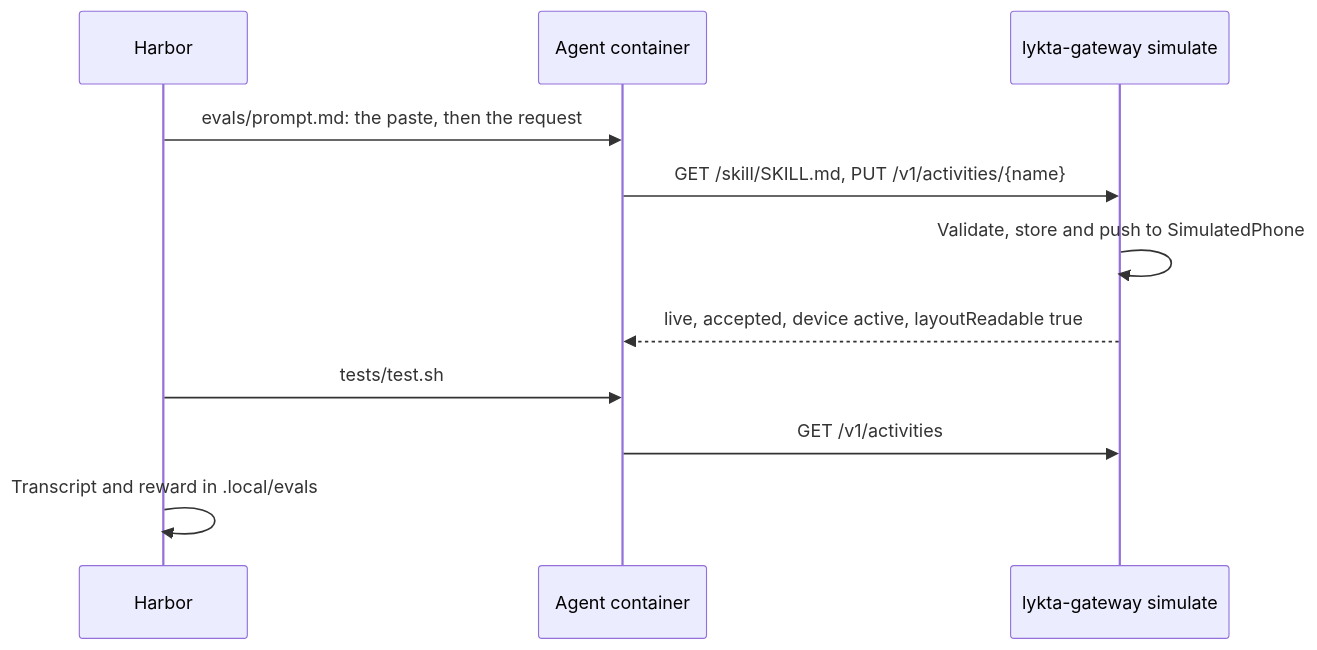
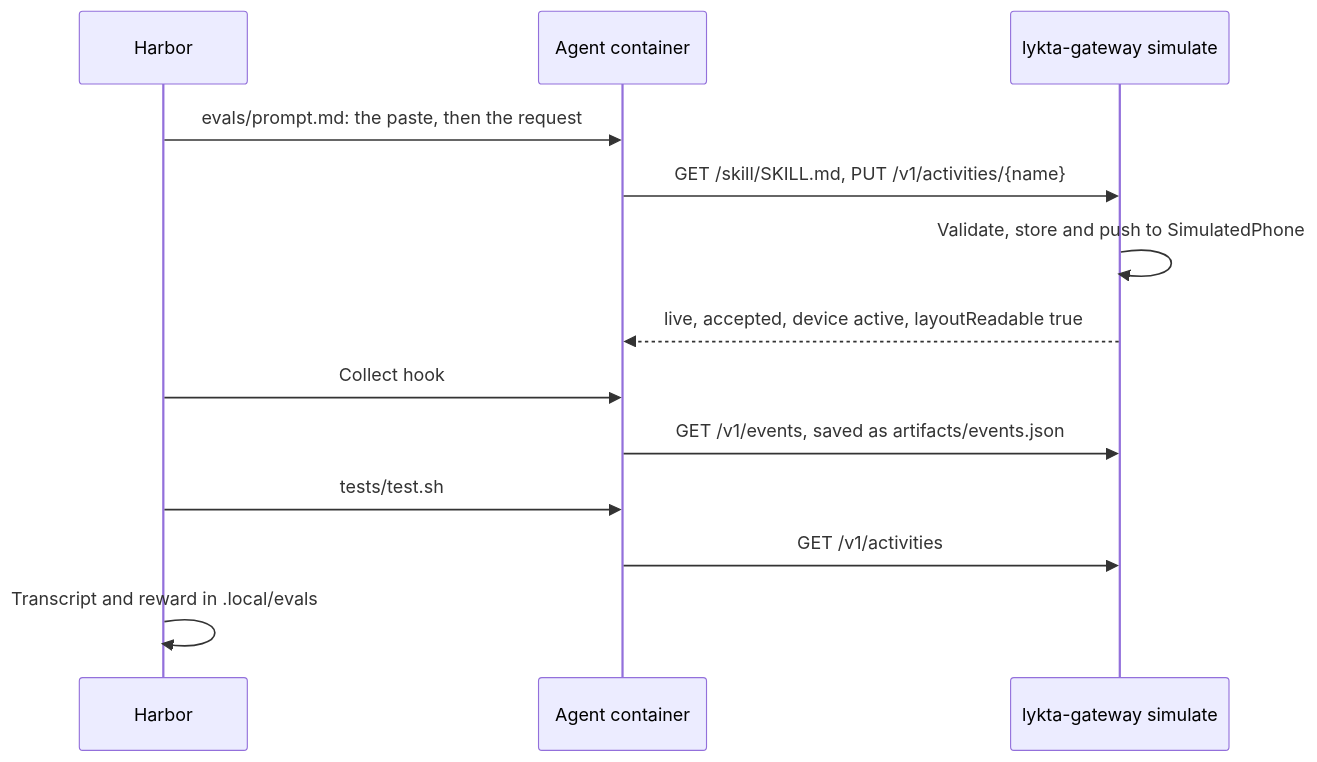
The diagram in docs/evals.md (emileberhard/Lykta), drawn with Mermaid before and after one commit. The commit also changed other lines of this file and 8 other files, not shown here.

````diff
--- a/docs/evals.md
+++ b/docs/evals.md
@@ -40,13 +69,15 @@
 ```mermaid
 sequenceDiagram
     participant H as Harbor
     participant A as Agent container
     participant G as lykta-gateway simulate
     H->>A: evals/prompt.md: the paste, then the request
     A->>G: GET /skill/SKILL.md, PUT /v1/activities/{name}
     G->>G: Validate, store and push to SimulatedPhone
     G-->>A: live, accepted, device active, layoutReadable true
+    H->>A: Collect hook
+    A->>G: GET /v1/events, saved as artifacts/events.json
     H->>A: tests/test.sh
     A->>G: GET /v1/activities
     H->>H: Transcript and reward in .local/evals
 ```
````
